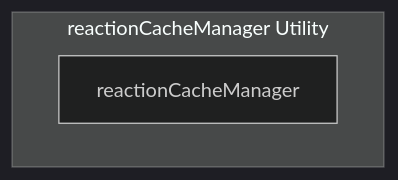
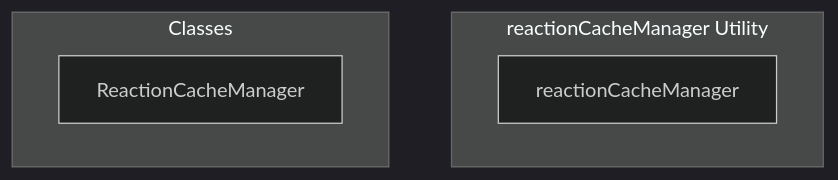
Before and after one commit to y4my4my4m/harmony: the diagram in docs/api/utils/reactioncachemanager.md, drawn with Mermaid (dark theme). The commit also changed other lines of this file and 350 other files, not shown here.

````diff
--- a/docs/api/utils/reactioncachemanager.md
+++ b/docs/api/utils/reactioncachemanager.md
@@ -7,11 +7,11 @@
 ```mermaid
 graph TB
     subgraph "reactionCacheManager Utility"
         REACTIONCACHEMANAGER[ReactionCacheManager]
         REACTIONCACHEMANAGER[reactionCacheManager]
     end
     
-    
-    
-    
+    subgraph "Classes"
+        CLS_REACTIONCACHEMANAGER[ReactionCacheManager]
+    end
 ```
````
